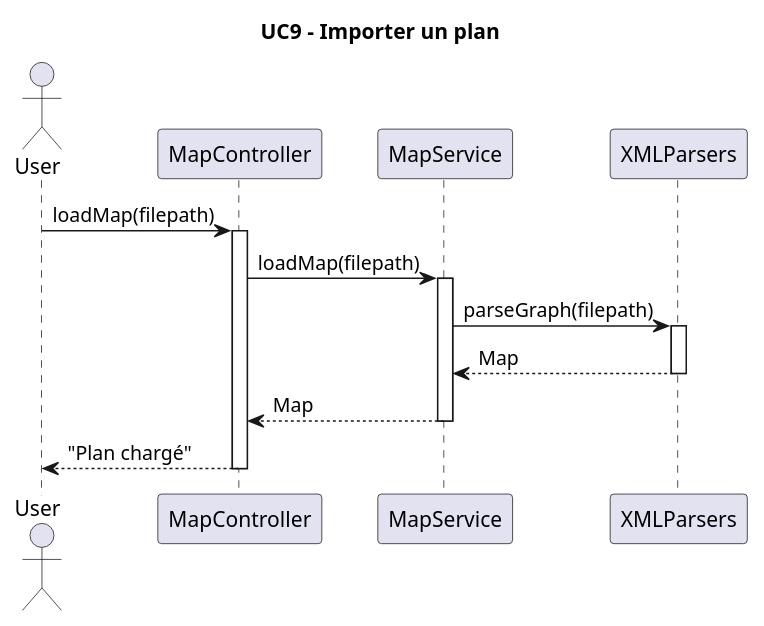
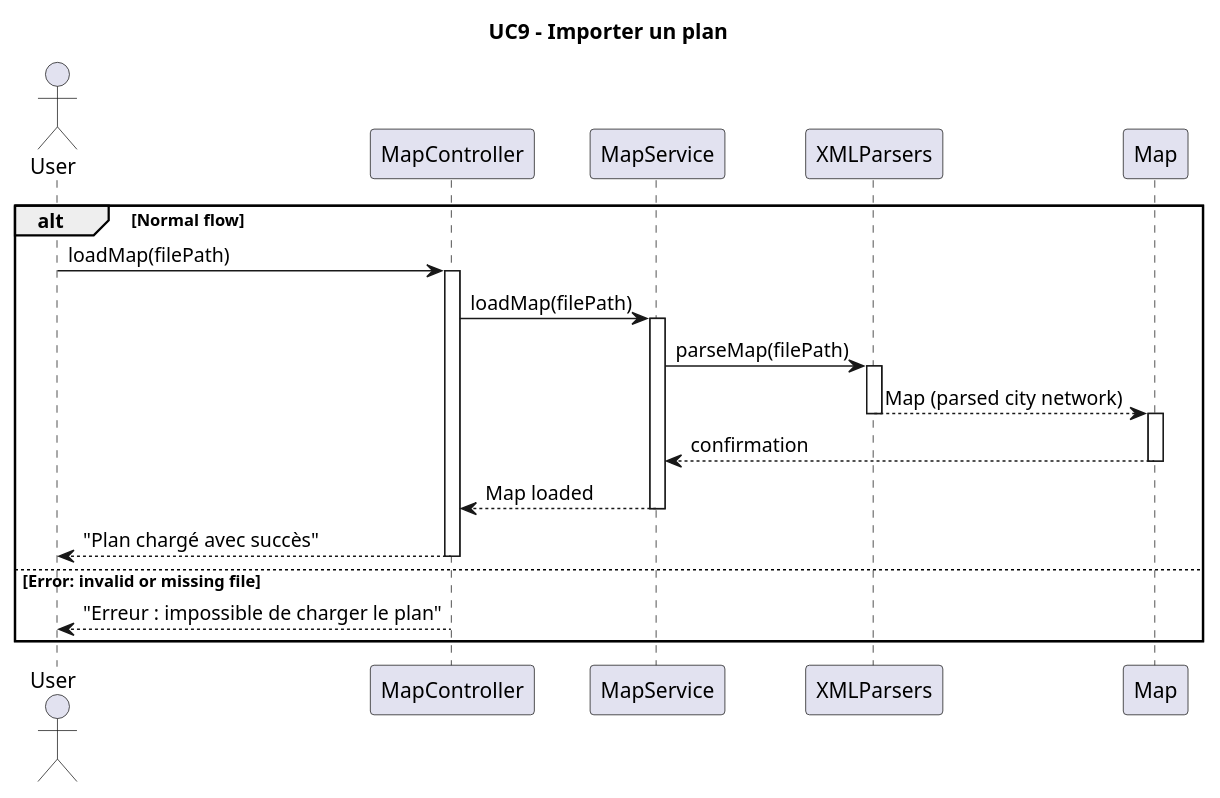
One commit to enzo-dosanjos/Pickup_Delivery_App changed the diagram in diagrams/diagramUC9.plantuml. Above: the diagram before and after it, drawn with PlantUML. The commit also changed 13 other files, not shown here.

```diff
--- a/diagrams/diagramUC9.plantuml
+++ b/diagrams/diagramUC9.plantuml
@@ -1,25 +1,36 @@
 @startuml
-title UC9 - Importer un plan
+title UC9 – Importer un plan
 
 actor User
 participant "MapController" as MC
 participant "MapService" as MS
 participant "XMLParsers" as XP
+participant "Map" as MAP
 
-User -> MC : loadMap(filepath)
-activate MC
+alt Normal flow
+    User -> MC : loadMap(filePath)
+    activate MC
 
-MC -> MS : loadMap(filepath)
-activate MS
+    MC -> MS : loadMap(filePath)
+    activate MS
 
-MS -> XP : parseGraph(filepath)
-activate XP
-XP --> MS : Map
-deactivate XP
+        MS -> XP : parseMap(filePath)
+        activate XP
+        XP --> MAP : Map (parsed city network)
+        deactivate XP
 
-MS --> MC : Map
-deactivate MS
+      
+        activate MAP
+        MAP --> MS : confirmation
+        deactivate MAP
 
-MC --> User : "Plan chargé"
-deactivate MC
+    MS --> MC : Map loaded
+    deactivate MS
+
+    MC --> User : "Plan chargé avec succès"
+    deactivate MC
+
+else Error: invalid or missing file
+    MC --> User : "Erreur : impossible de charger le plan"
+end
 @enduml
```
